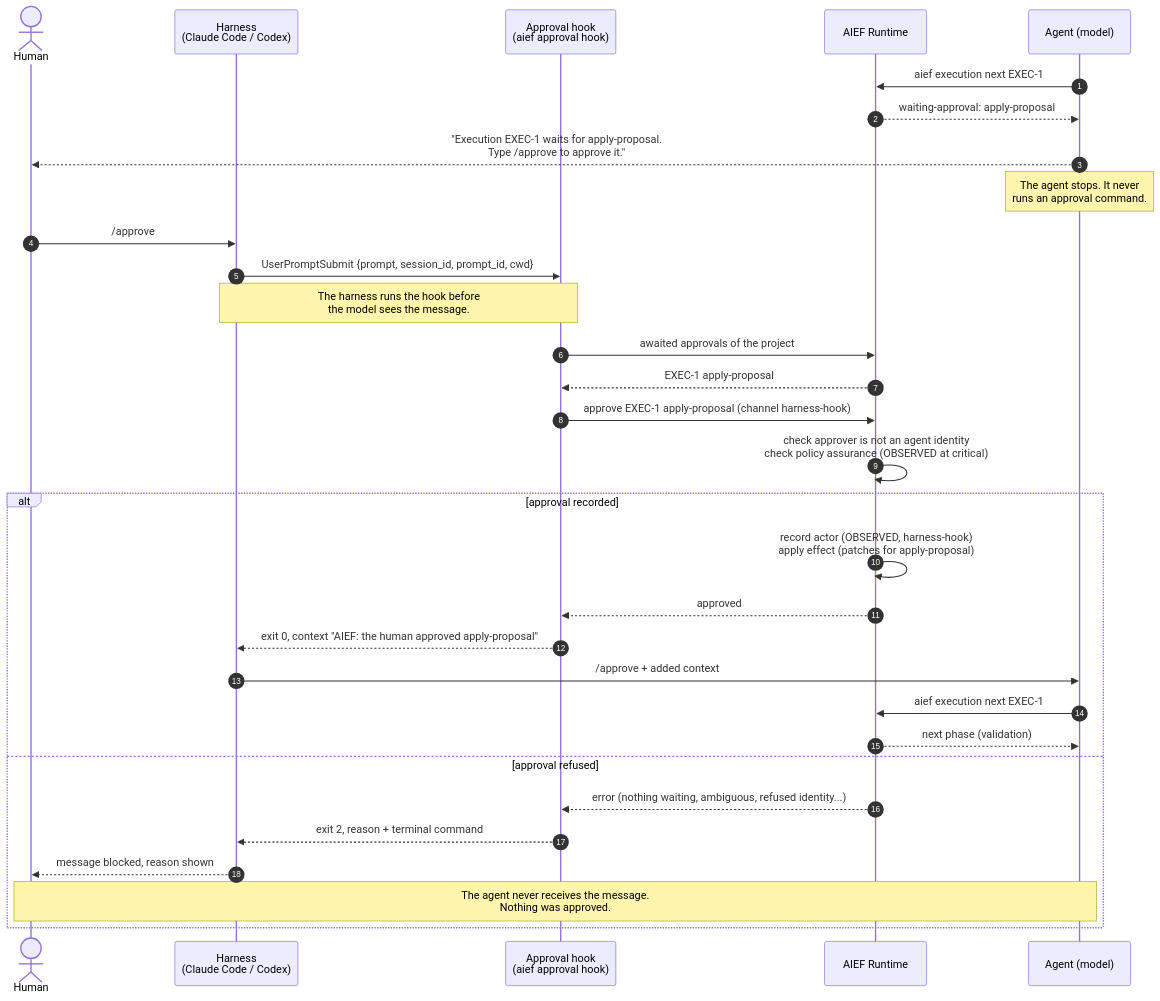
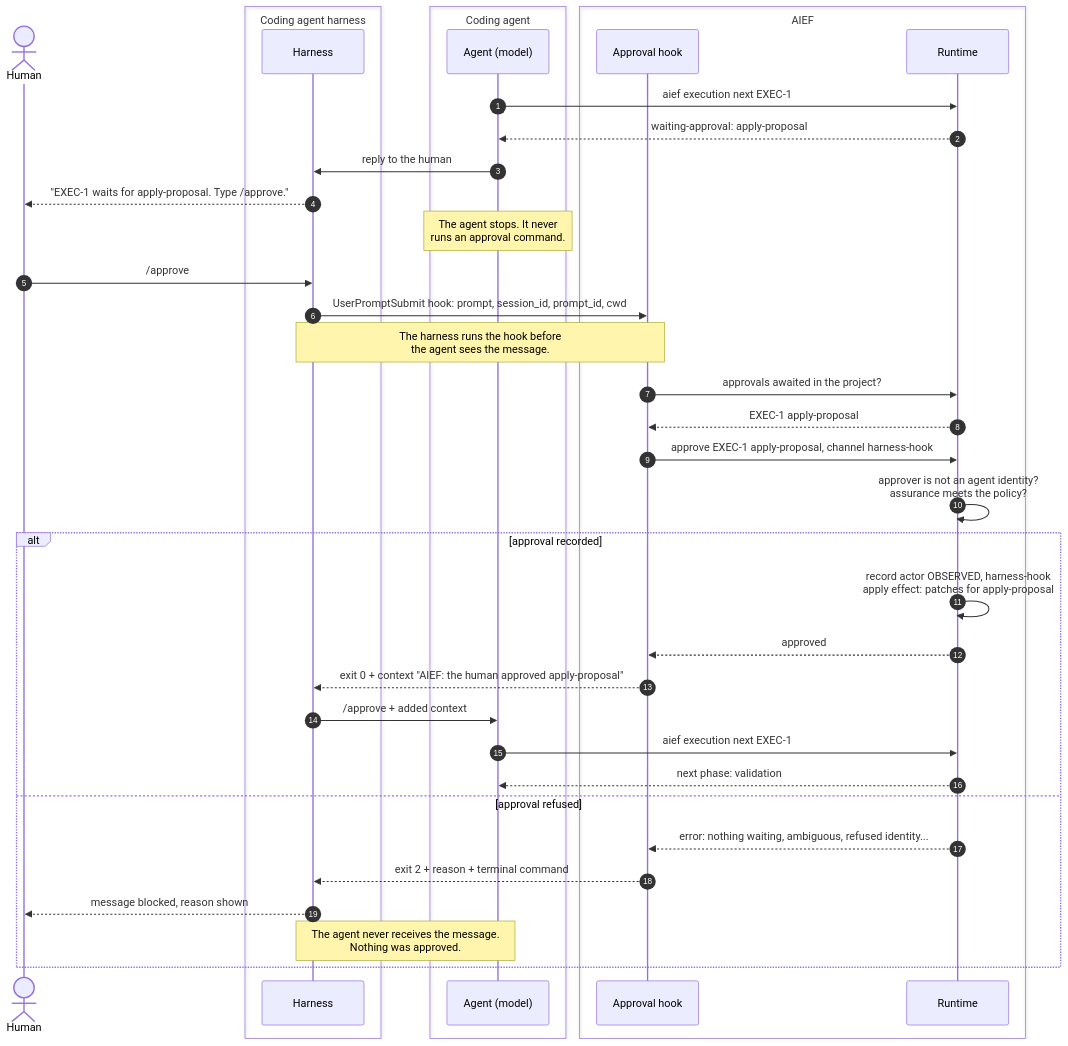
Before and after one commit to ricken07/ai-engineering-factory: the first of 2 diagrams in docs/34-human-approval.md, drawn with Mermaid. The commit also changed other lines of this file, not shown here.

Commit message:
docs: separate AIEF, the coding agent and its harness in the approval diagrams

````diff
--- a/docs/34-human-approval.md
+++ b/docs/34-human-approval.md
@@ -78,36 +78,43 @@
 ```mermaid
 sequenceDiagram
     autonumber
     actor H as Human
-    participant HA as Harness<br/>(Claude Code / Codex)
-    participant HK as Approval hook<br/>(aief approval hook)
-    participant RT as AIEF Runtime
-    participant AG as Agent (model)
+    box transparent Coding agent harness
+        participant HA as Harness
+    end
+    box transparent Coding agent
+        participant AG as Agent (model)
+    end
+    box transparent AIEF
+        participant HK as Approval hook
+        participant RT as Runtime
+    end
 
     AG->>RT: aief execution next EXEC-1
     RT-->>AG: waiting-approval: apply-proposal
-    AG-->>H: "Execution EXEC-1 waits for apply-proposal.<br/>Type /approve to approve it."
+    AG->>HA: reply to the human
+    HA-->>H: "EXEC-1 waits for apply-proposal. Type /approve."
     Note over AG: The agent stops. It never<br/>runs an approval command.
 
     H->>HA: /approve
-    HA->>HK: UserPromptSubmit {prompt, session_id, prompt_id, cwd}
-    Note over HA,HK: The harness runs the hook before<br/>the model sees the message.
-    HK->>RT: awaited approvals of the project
+    HA->>HK: UserPromptSubmit hook: prompt, session_id, prompt_id, cwd
+    Note over HA,HK: The harness runs the hook before<br/>the agent sees the message.
+    HK->>RT: approvals awaited in the project?
     RT-->>HK: EXEC-1 apply-proposal
-    HK->>RT: approve EXEC-1 apply-proposal (channel harness-hook)
-    RT->>RT: check approver is not an agent identity<br/>check policy assurance (OBSERVED at critical)
+    HK->>RT: approve EXEC-1 apply-proposal, channel harness-hook
+    RT->>RT: approver is not an agent identity?<br/>assurance meets the policy?
 
     alt approval recorded
-        RT->>RT: record actor (OBSERVED, harness-hook)<br/>apply effect (patches for apply-proposal)
+        RT->>RT: record actor OBSERVED, harness-hook<br/>apply effect: patches for apply-proposal
         RT-->>HK: approved
-        HK-->>HA: exit 0, context "AIEF: the human approved apply-proposal"
+        HK-->>HA: exit 0 + context "AIEF: the human approved apply-proposal"
         HA->>AG: /approve + added context
         AG->>RT: aief execution next EXEC-1
-        RT-->>AG: next phase (validation)
+        RT-->>AG: next phase: validation
     else approval refused
-        RT-->>HK: error (nothing waiting, ambiguous, refused identity...)
-        HK-->>HA: exit 2, reason + terminal command
+        RT-->>HK: error: nothing waiting, ambiguous, refused identity...
+        HK-->>HA: exit 2 + reason + terminal command
         HA-->>H: message blocked, reason shown
-        Note over H,AG: The agent never receives the message.<br/>Nothing was approved.
+        Note over HA,AG: The agent never receives the message.<br/>Nothing was approved.
     end
 ```
````
